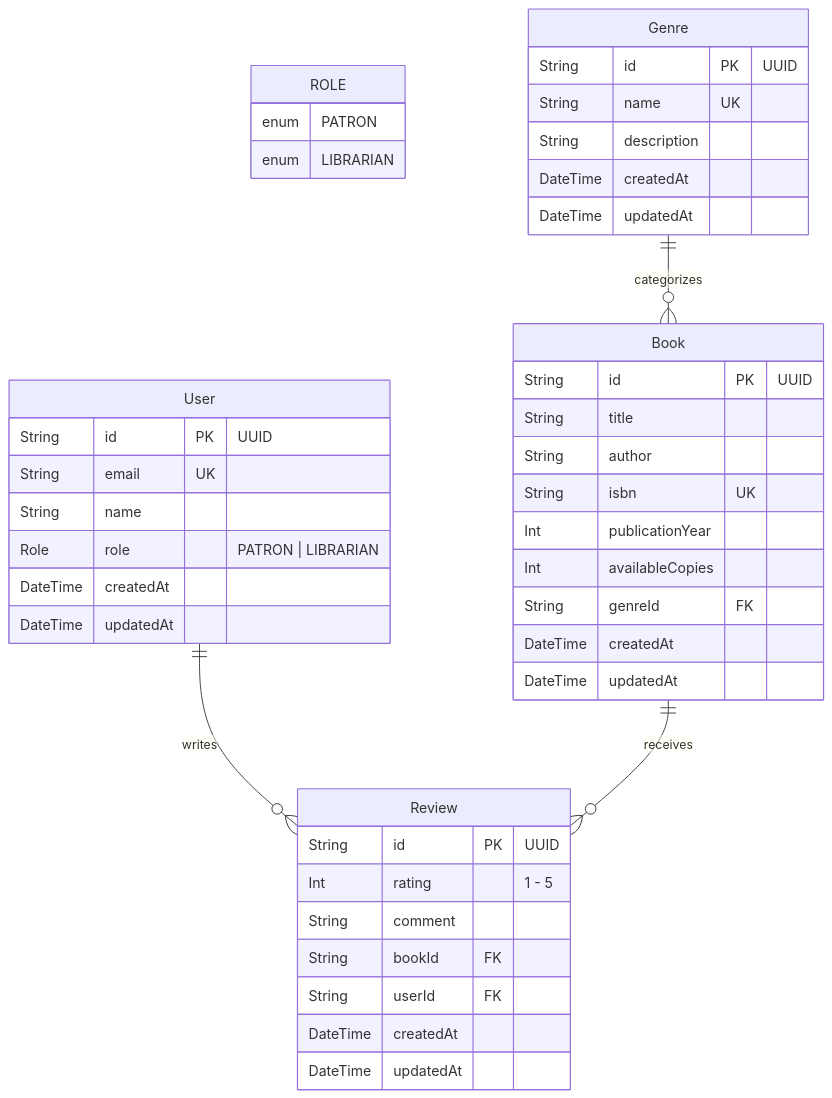
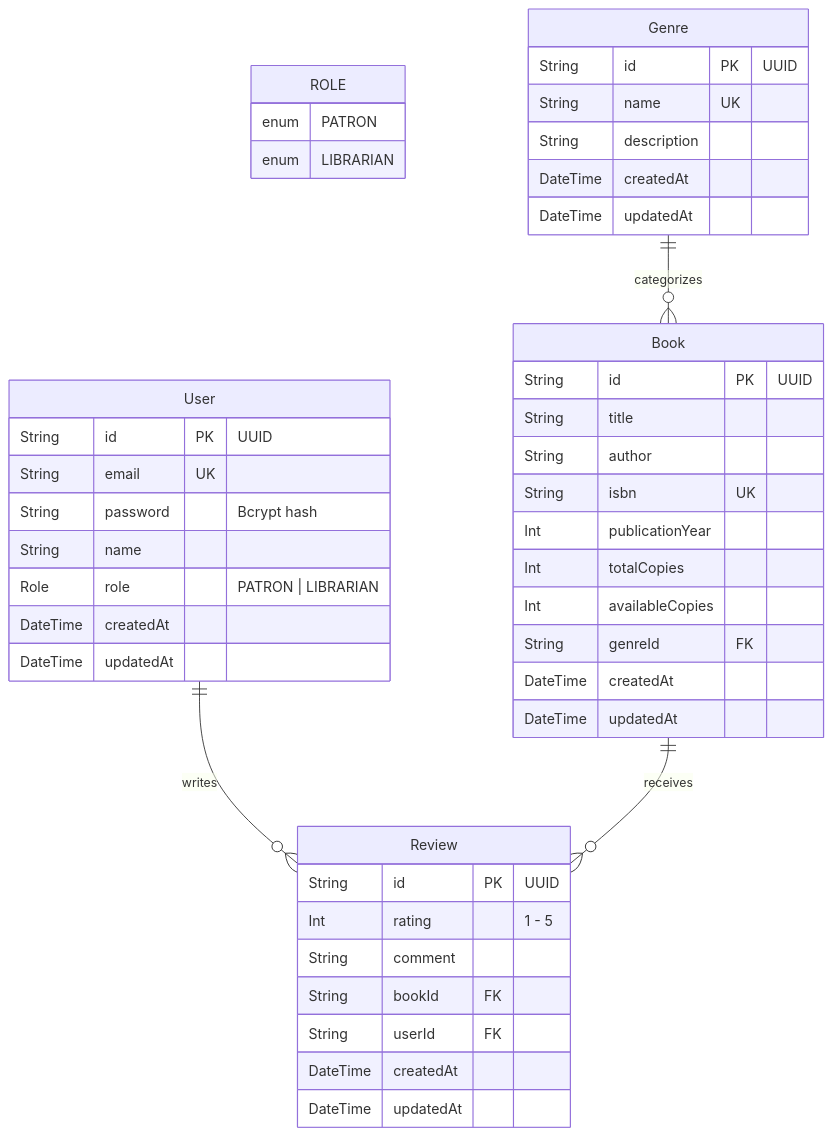
One commit to faithndungo/library-management-system changed the diagram in README.md. Above: the diagram before and after it, drawn with Mermaid. The commit also changed other lines of this file and 30 other files, not shown here.

````diff
--- a/README.md
+++ b/README.md
@@ -70,50 +115,52 @@
 ```mermaid
 erDiagram
     ROLE {
         enum PATRON
         enum LIBRARIAN
     }
 
     User ||--o{ Review : writes
     Book ||--o{ Review : receives
     Genre ||--o{ Book : categorizes
 
     User {
         String id PK "UUID"
         String email UK
+        String password "Bcrypt hash"
         String name
         Role role "PATRON | LIBRARIAN"
         DateTime createdAt
         DateTime updatedAt
     }
 
     Genre {
         String id PK "UUID"
         String name UK
         String description
         DateTime createdAt
         DateTime updatedAt
     }
 
     Book {
         String id PK "UUID"
         String title
         String author
         String isbn UK
         Int publicationYear
+        Int totalCopies
         Int availableCopies
         String genreId FK
         DateTime createdAt
         DateTime updatedAt
     }
 
     Review {
         String id PK "UUID"
         Int rating "1 - 5"
         String comment
         String bookId FK
         String userId FK
         DateTime createdAt
         DateTime updatedAt
     }
 ```
````
